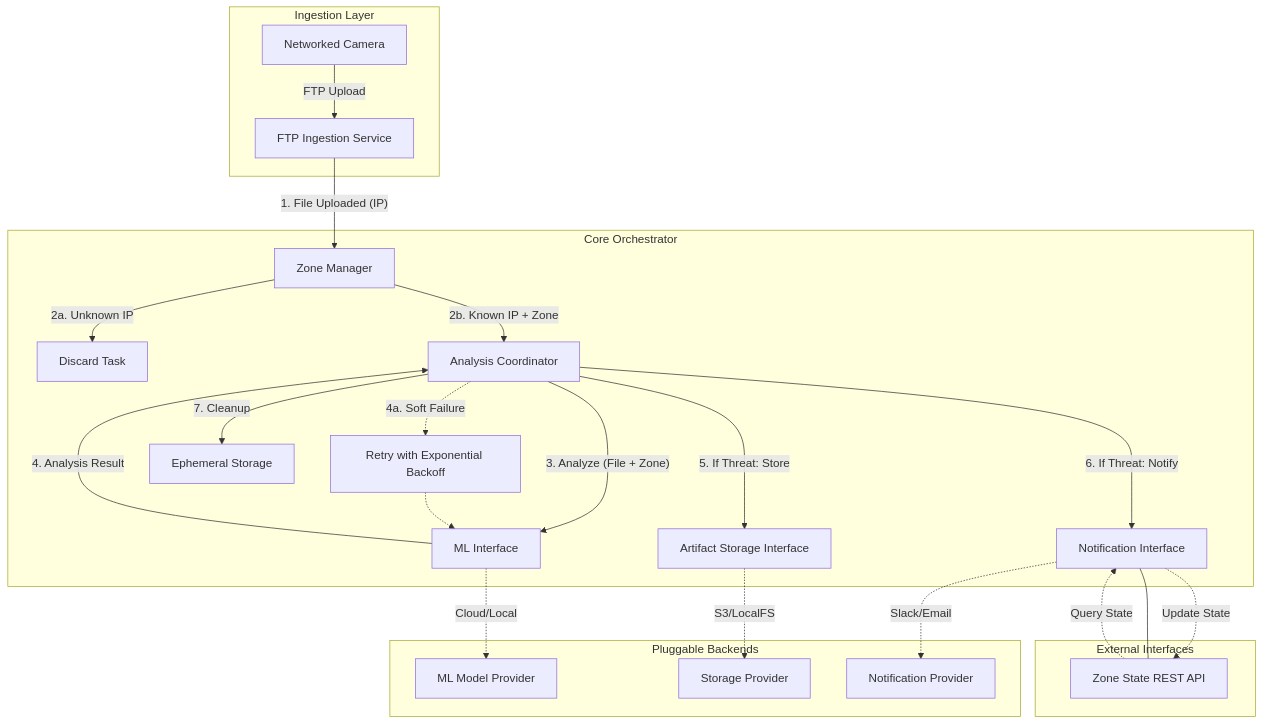
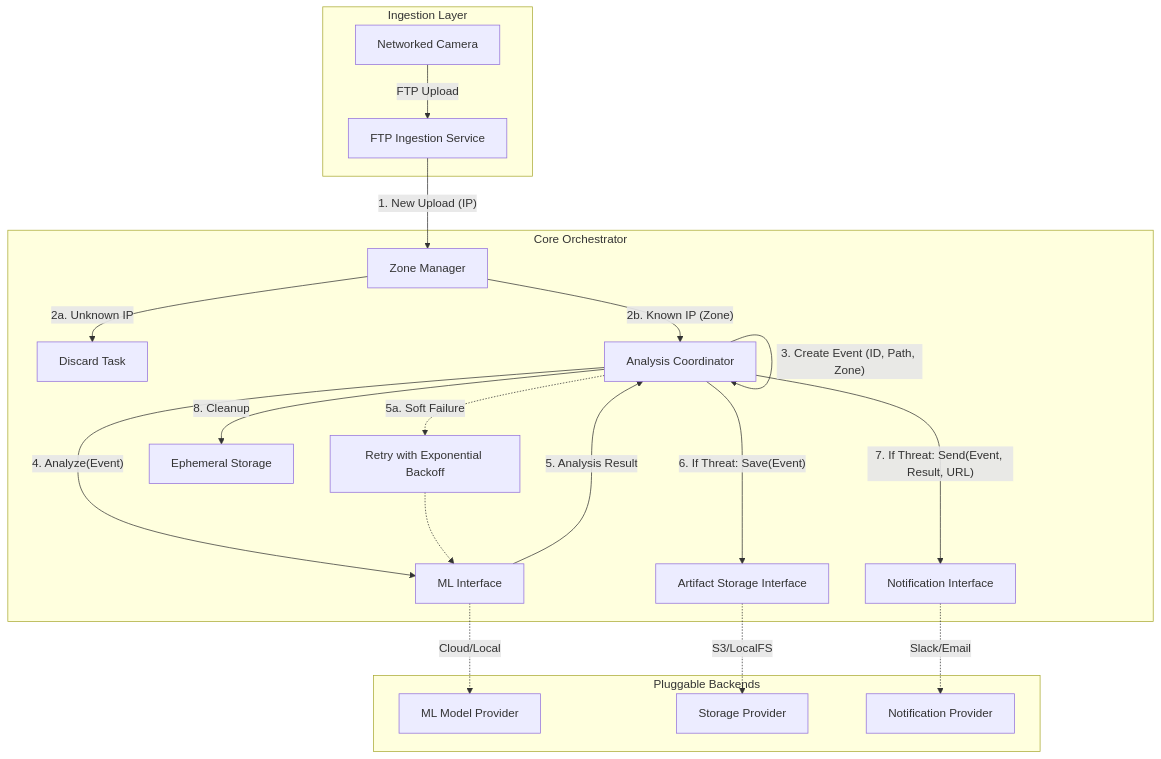
Before and after one commit to digitalentity/red-queen: the first of 2 diagrams in docs/DESIGN.md, drawn with Mermaid. The commit also changed other lines of this file and 14 other files, not shown here.

First line of the commit message:
feat: implement core architecture and configuration management

````diff
--- a/docs/DESIGN.md
+++ b/docs/DESIGN.md
@@ -7,35 +7,30 @@
 ```mermaid
 graph TD
     subgraph "Ingestion Layer"
         Camera[Networked Camera] -->|FTP Upload| FTPServer[FTP Ingestion Service]
     end
 
     subgraph "Core Orchestrator"
-        FTPServer -->|"1. File Uploaded (IP)"| ZoneManager[Zone Manager]
+        FTPServer -->|"1. New Upload (IP)"| ZoneManager[Zone Manager]
         ZoneManager -->|"2a. Unknown IP"| Discard[Discard Task]
-        ZoneManager -->|"2b. Known IP + Zone"| Coordinator[Analysis Coordinator]
+        ZoneManager -->|"2b. Known IP (Zone)"| Coordinator[Analysis Coordinator]
         
-        Coordinator -->|"3. Analyze (File + Zone)"| MLInterface[ML Interface]
-        MLInterface -->|"4. Analysis Result"| Coordinator
+        Coordinator -->|"3. Create Event (ID, Path, Zone)"| Coordinator
+        Coordinator -->|"4. Analyze(Event)"| MLInterface[ML Interface]
+        MLInterface -->|"5. Analysis Result"| Coordinator
         
-        Coordinator -.->|"4a. Soft Failure"| Retry[Retry with Exponential Backoff]
+        Coordinator -.->|"5a. Soft Failure"| Retry[Retry with Exponential Backoff]
         Retry -.-> MLInterface
 
-        Coordinator -->|"5. If Threat: Store"| StorageInterface[Artifact Storage Interface]
-        Coordinator -->|"6. If Threat: Notify"| NotificationInterface[Notification Interface]
+        Coordinator -->|"6. If Threat: Save(Event)"| StorageInterface[Artifact Storage Interface]
+        Coordinator -->|"7. If Threat: Send(Event, Result, URL)"| NotificationInterface[Notification Interface]
         
-        Coordinator -->|"7. Cleanup"| TempStorage[Ephemeral Storage]
+        Coordinator -->|"8. Cleanup"| TempStorage[Ephemeral Storage]
     end
 
     subgraph "Pluggable Backends"
         MLInterface -.->|Cloud/Local| MLModel[ML Model Provider]
         StorageInterface -.->|S3/LocalFS| StorageProvider[Storage Provider]
         NotificationInterface -.->|Slack/Email| NotificationProvider[Notification Provider]
     end
-
-    subgraph "External Interfaces"
-        ZoneAPI[Zone State REST API] --- NotificationInterface
-        ZoneAPI -.->|Query State| NotificationInterface
-        NotificationInterface -.->|Update State| ZoneAPI
-    end
 ```
````
